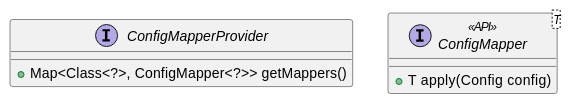
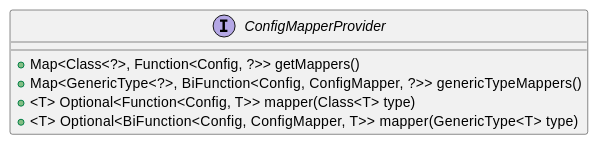
The fifth of 7 diagrams in docs/src/main/docs/config/07_extensions.adoc (helidon-io/helidon), drawn with PlantUML before and after one commit. The commit also changed other lines of this file and 9 other files, not shown here.

```diff
--- a/docs/src/main/docs/config/07_extensions.adoc
+++ b/docs/src/main/docs/config/07_extensions.adoc
@@ -323,12 +347,9 @@
 [plantuml, config/spi-ConfigMapperProvider, png, title="ConfigMapperProvider SPI", align="center"]
 ----
 interface ConfigMapperProvider {
-    + Map<Class<?>, ConfigMapper<?>> getMappers()
+    + Map<Class<?>, Function<Config, ?>> getMappers()
+    + Map<GenericType<?>, BiFunction<Config, ConfigMapper, ?>> genericTypeMappers()
+    + <T> Optional<Function<Config, T>> mapper(Class<T> type)
+    + <T> Optional<BiFunction<Config, ConfigMapper, T>> mapper(GenericType<T> type)
 }
-
-interface ConfigMapper<T> <<API>> {
-    + T apply(Config config)
-}
-
-ConfigMapperProvider -[hidden]> ConfigMapper
 ----
```
